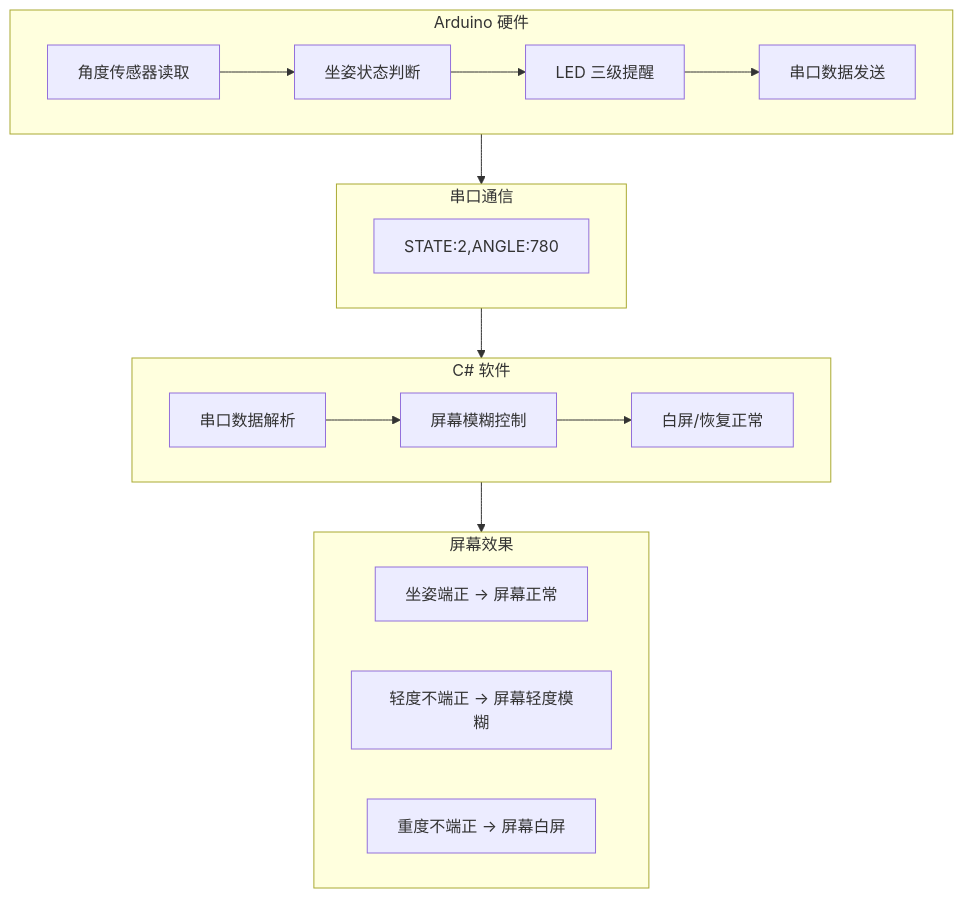
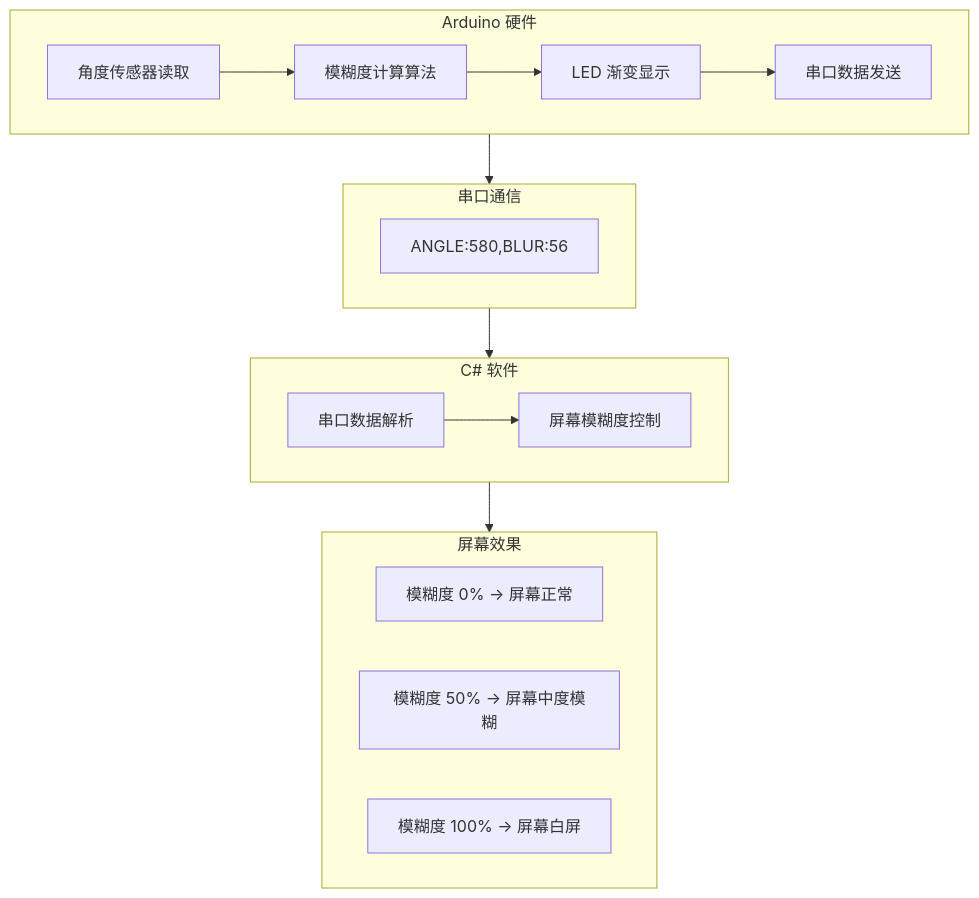
One commit to STU-MS/SitRight changed the first of 2 diagrams in 对接说明.md. Above: the diagram before and after it, drawn with Mermaid. The commit also changed other lines of this file and 1 other file, not shown here.

````diff
--- a/对接说明.md
+++ b/对接说明.md
@@ -5,25 +5,24 @@
 ```mermaid
 graph TB
     subgraph 硬件端[Arduino 硬件]
-        A[角度传感器读取] --> B[坐姿状态判断]
-        B --> C[LED 三级提醒]
+        A[角度传感器读取] --> B[模糊度计算算法]
+        B --> C[LED 渐变显示]
         C --> D[串口数据发送]
     end
 
     subgraph 通信[串口通信]
-        E["STATE:2,ANGLE:780"]
+        E["ANGLE:580,BLUR:56"]
     end
 
     subgraph 软件端[C# 软件]
-        F[串口数据解析] --> G[屏幕模糊控制]
-        G --> H[白屏/恢复正常]
+        F[串口数据解析] --> G[屏幕模糊度控制]
     end
 
     subgraph 屏幕效果[屏幕效果]
-        I[坐姿端正 → 屏幕正常]
-        J[轻度不端正 → 屏幕轻度模糊]
-        K[重度不端正 → 屏幕白屏]
+        I[模糊度 0% → 屏幕正常]
+        J[模糊度 50% → 屏幕中度模糊]
+        K[模糊度 100% → 屏幕白屏]
     end
 
     硬件端 --> 通信 --> 软件端 --> 屏幕效果
 ```
````
